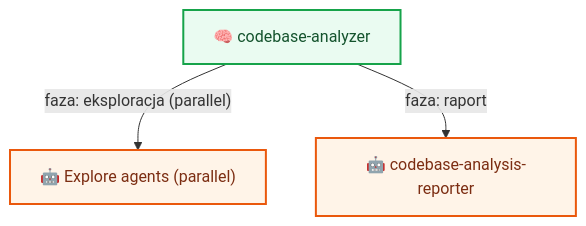
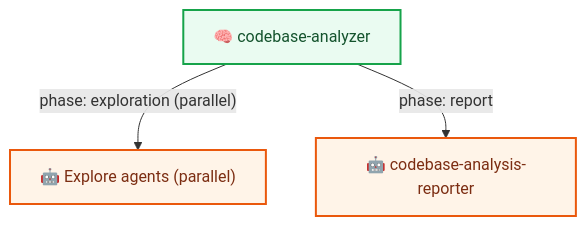
The ninth of 11 diagrams in docs/flow/workflows.md (plucins/flowbit), drawn with Mermaid before and after one commit. The commit also changed other lines of this file and 11 other files, not shown here.

````diff
--- a/docs/flow/workflows.md
+++ b/docs/flow/workflows.md
@@ -234,10 +234,10 @@
 ```mermaid
 graph TD
-  CODEBASE_S["🧠 codebase-analyzer"] -- "faza: eksploracja (parallel)" --> EXPLORE["🤖 Explore agents (parallel)"]
-  CODEBASE_S -- "faza: raport" --> REPORT["🤖 codebase-analysis-reporter"]
+  CODEBASE_S["🧠 codebase-analyzer"] -- "phase: exploration (parallel)" --> EXPLORE["🤖 Explore agents (parallel)"]
+  CODEBASE_S -- "phase: report" --> REPORT["🤖 codebase-analysis-reporter"]
 
   classDef skill fill:#EAFBF1,stroke:#16A34A,stroke-width:2px,color:#14532D;
   classDef agent fill:#FFF4E8,stroke:#EA580C,stroke-width:2px,color:#7C2D12;
   class CODEBASE_S skill;
   class EXPLORE,REPORT agent;
 ```
````
